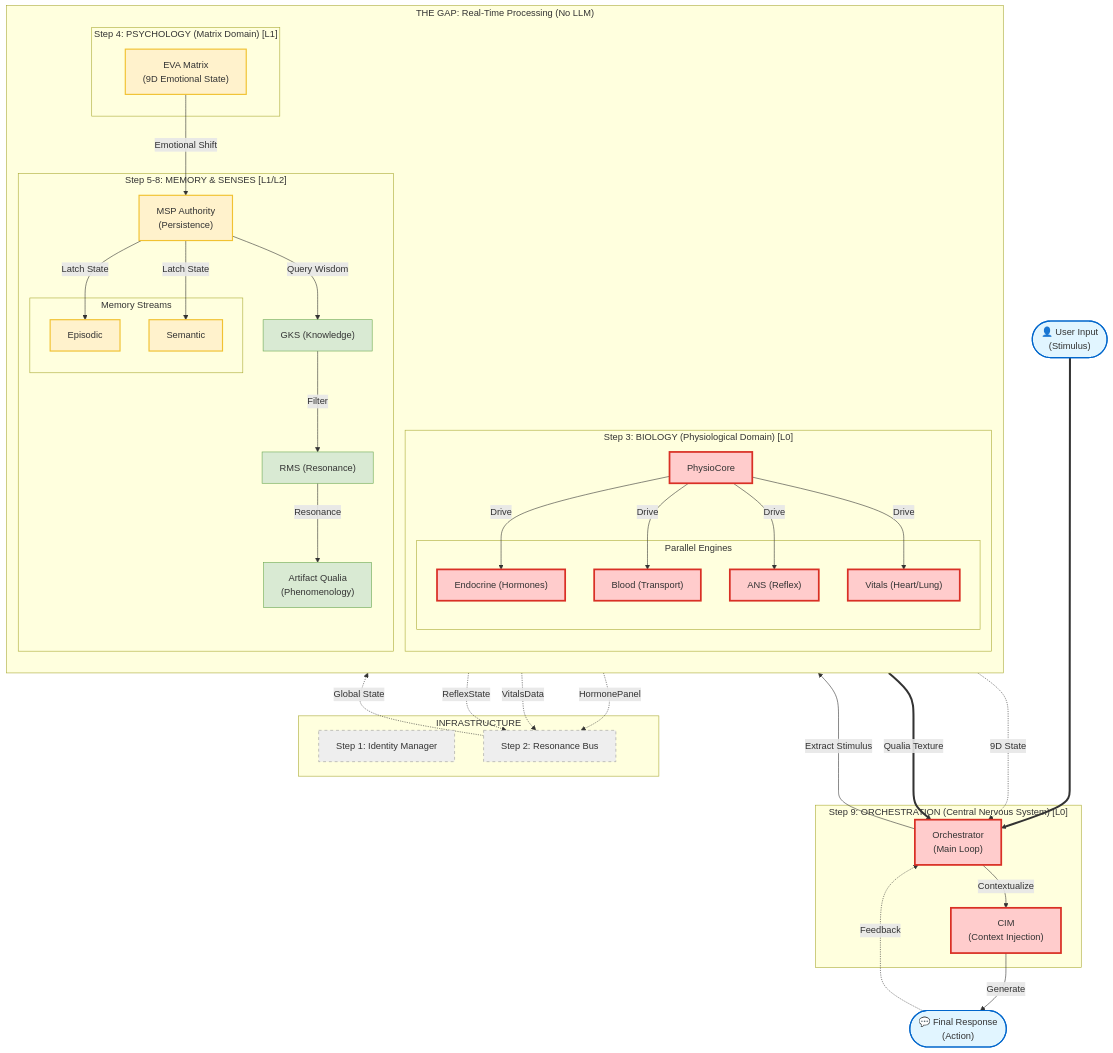
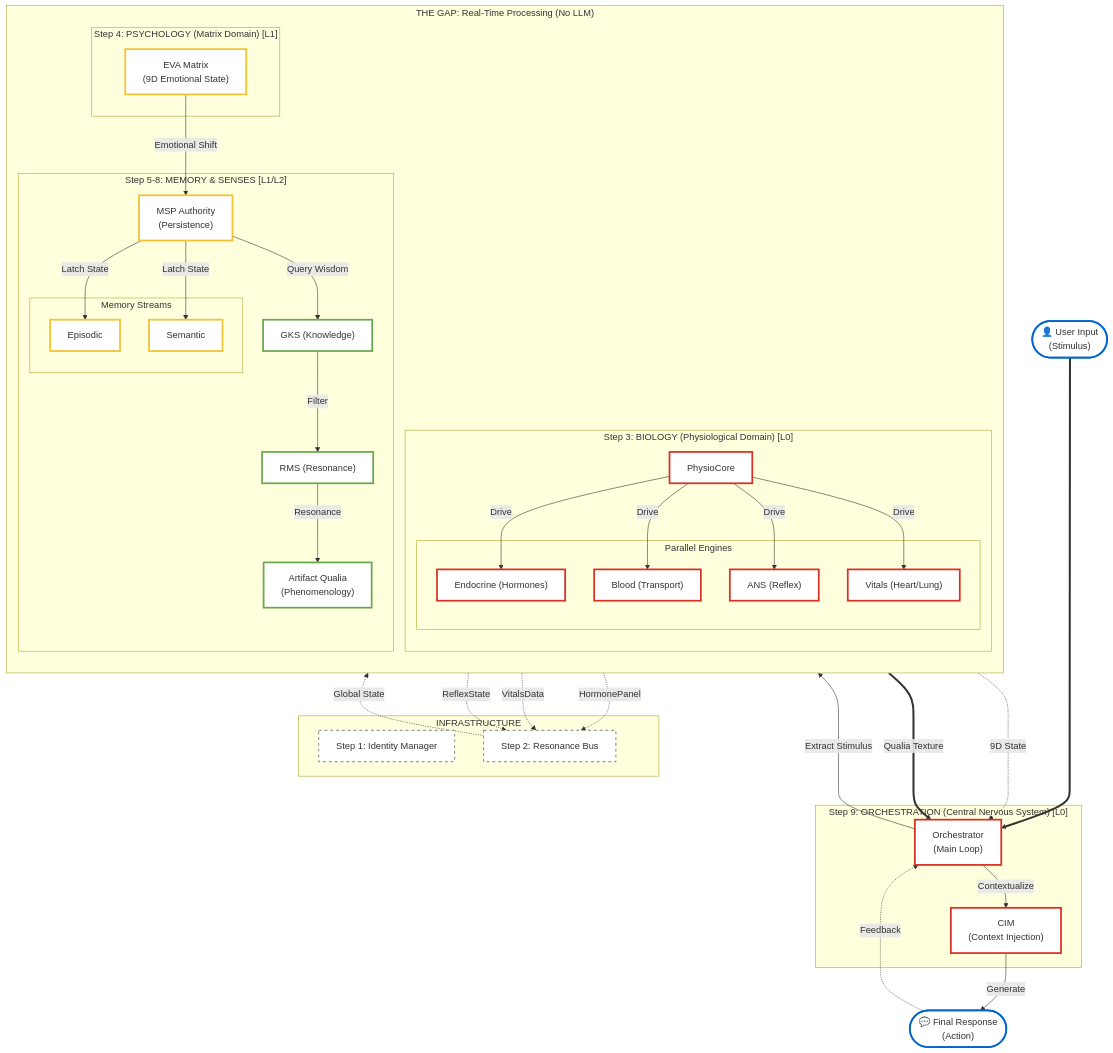
One commit to Freshair129/agentic_agent changed the diagram in docs/03_Architecture/FULL_SYSTEM_ARCHITECTURE_v9.6.2.md. Above: the diagram before and after it, drawn with Mermaid. The commit also changed 1 other file, not shown here.

Commit message:
[Docs] Improved Diagram Contrast (White Fill + Color Stroke)

```diff
--- a/docs/03_Architecture/FULL_SYSTEM_ARCHITECTURE_v9.6.2.md
+++ b/docs/03_Architecture/FULL_SYSTEM_ARCHITECTURE_v9.6.2.md
@@ -114,12 +114,23 @@
     %% ==========================================
     %% STYLING
     %% ==========================================
-    classDef Input fill:#e1f5ff,stroke:#0066cc,stroke-width:2px;
-    classDef Output fill:#e1f5ff,stroke:#0066cc,stroke-width:2px;
-    classDef L0 fill:#ffcccc,stroke:#d93025,stroke-width:3px;
-    classDef L1 fill:#fff2cc,stroke:#f1c232,stroke-width:2px;
-    classDef L2 fill:#d9ead3,stroke:#6aa84f,stroke-width:1px;
-    classDef InfraStyle fill:#eeeeee,stroke:#999999,stroke-width:1px,stroke-dasharray: 5 5;
+    %% ==========================================
+    %% STYLING
+    %% ==========================================
+    classDef Input fill:#ffffff,stroke:#0066cc,stroke-width:3px;
+    classDef Output fill:#ffffff,stroke:#0066cc,stroke-width:3px;
+    
+    classDef L0 fill:#ffffff,stroke:#d93025,stroke-width:3px;
+    %% Critical (Red)
+    
+    classDef L1 fill:#ffffff,stroke:#f1c232,stroke-width:3px;
+    %% Essential (Yellow)
+    
+    classDef L2 fill:#ffffff,stroke:#6aa84f,stroke-width:3px;
+    %% Functional (Green)
+    
+    classDef InfraStyle fill:#ffffff,stroke:#999999,stroke-width:2px,stroke-dasharray: 5 5;
+    %% Infra (Grey)
 
     class UserIn Input;
     class UserOut Output;
```
